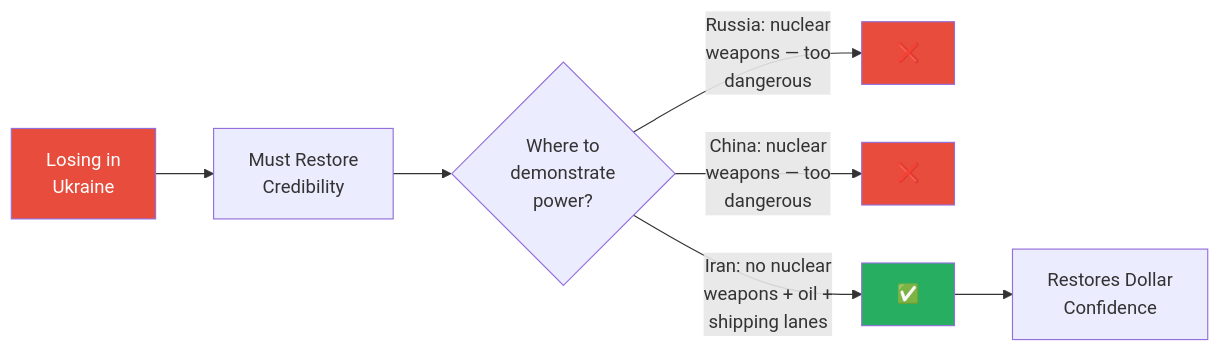
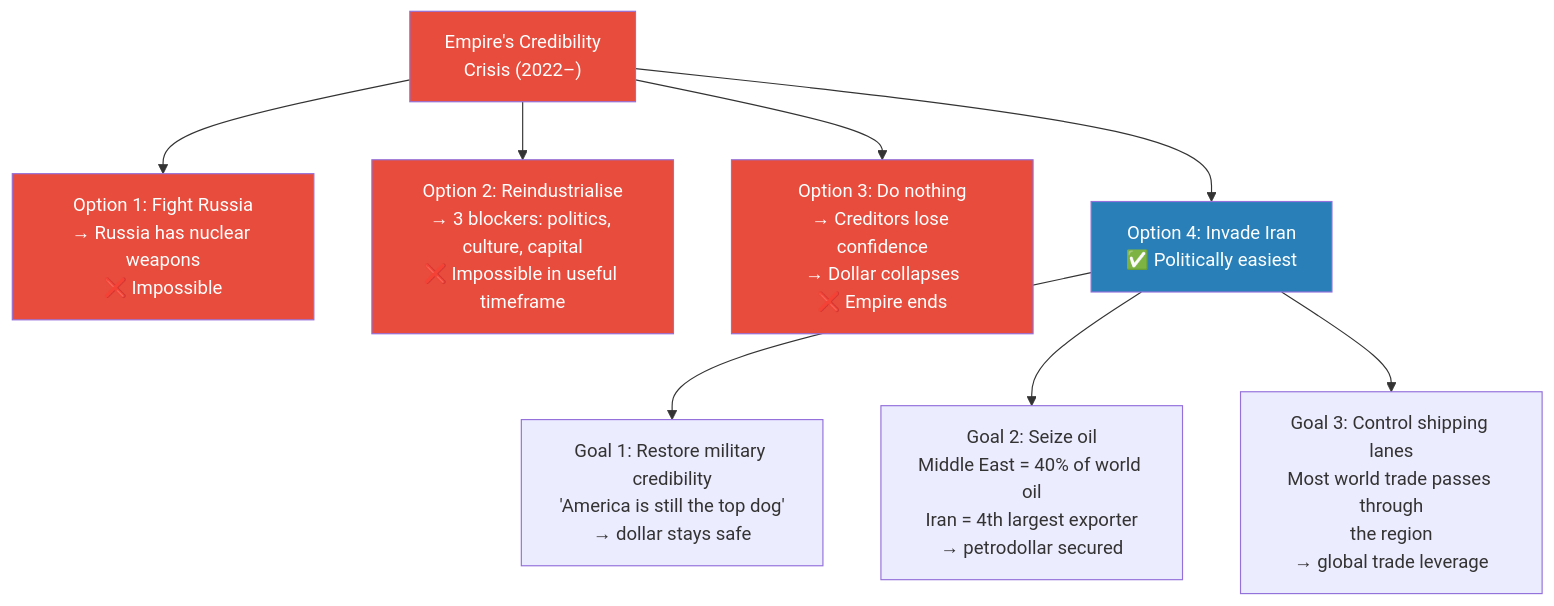
The seventh of 8 diagrams in summaries/Lectures/Geo-Strategy/03 - How Empire is Destroying America.md (alius33/reader), drawn with Mermaid before and after one commit. The commit also changed other lines of this file and 26 other files, not shown here.

````diff
--- a/summaries/Lectures/Geo-Strategy/03 - How Empire is Destroying America.md
+++ b/summaries/Lectures/Geo-Strategy/03 - How Empire is Destroying America.md
@@ -628,13 +403,16 @@
 ```mermaid
-flowchart LR
-    U["Losing in<br/>Ukraine"] --> N["Must Restore<br/>Credibility"]
-    N --> Q{"Where to<br/>demonstrate<br/>power?"}
-    Q -->|"Russia: nuclear<br/>weapons — too<br/>dangerous"| X1["❌"]
-    Q -->|"China: nuclear<br/>weapons — too<br/>dangerous"| X2["❌"]
-    Q -->|"Iran: no nuclear<br/>weapons + oil +<br/>shipping lanes"| V["✅"]
-    V --> R["Restores Dollar<br/>Confidence"]
-    style U fill:#e74c3c,color:#fff
-    style V fill:#27ae60,color:#fff
-    style X1 fill:#e74c3c,color:#fff
-    style X2 fill:#e74c3c,color:#fff
+flowchart TB
+    C["Empire's Credibility<br/>Crisis (2022–)"]
+    C --> O1["Option 1: Fight Russia<br/>→ Russia has nuclear weapons<br/>❌ Impossible"]
+    C --> O2["Option 2: Reindustrialise<br/>→ 3 blockers: politics, culture, capital<br/>❌ Impossible in useful timeframe"]
+    C --> O3["Option 3: Do nothing<br/>→ Creditors lose confidence<br/>→ Dollar collapses<br/>❌ Empire ends"]
+    C --> O4["Option 4: Invade Iran<br/>✅ Politically easiest"]
+    O4 --> A1["Goal 1: Restore military credibility<br/>'America is still the top dog'<br/>→ dollar stays safe"]
+    O4 --> A2["Goal 2: Seize oil<br/>Middle East = 40% of world oil<br/>Iran = 4th largest exporter<br/>→ petrodollar secured"]
+    O4 --> A3["Goal 3: Control shipping lanes<br/>Most world trade passes through<br/>the region<br/>→ global trade leverage"]
+    style C fill:#e74c3c,color:#fff
+    style O4 fill:#2980b9,color:#fff
+    style O1 fill:#e74c3c,color:#fff
+    style O2 fill:#e74c3c,color:#fff
+    style O3 fill:#e74c3c,color:#fff
 ```
````
